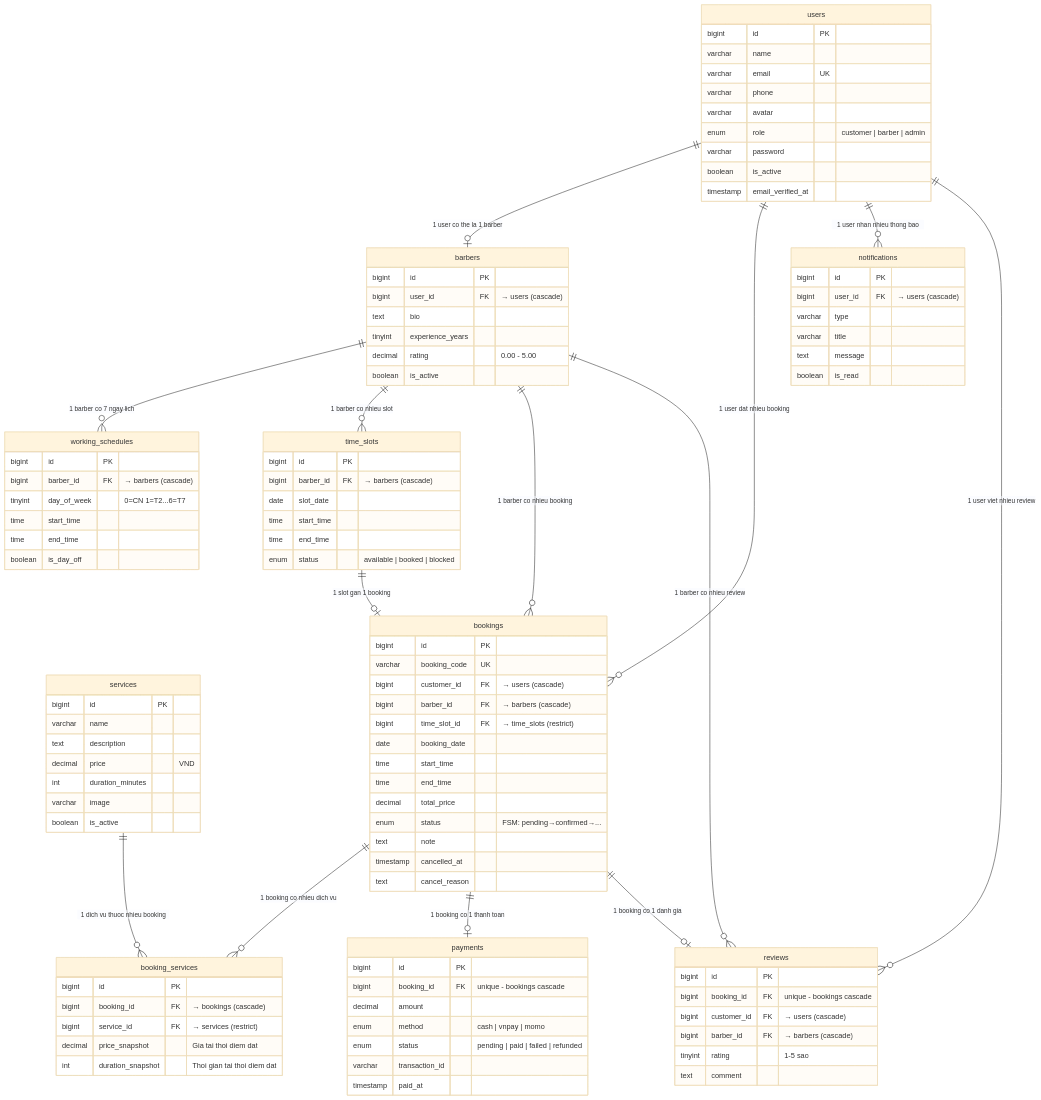
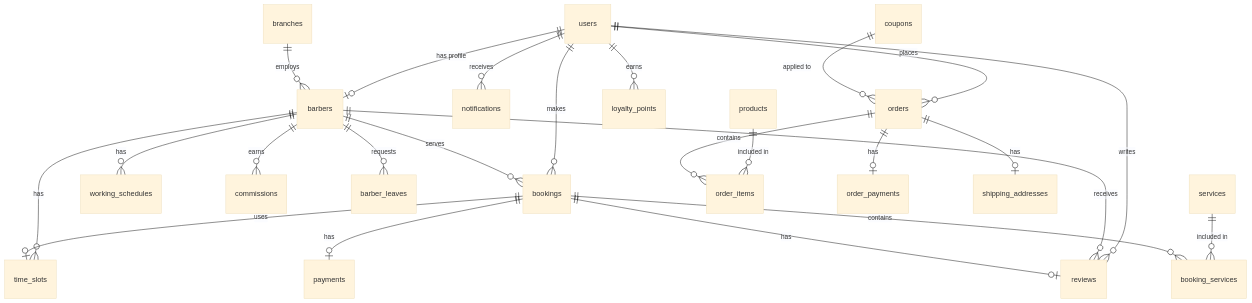
One commit to ahryxx0602/barber-shop-booking changed the diagram in docs/handbook.md. Above: the diagram before and after it, drawn with Mermaid (base theme). The commit also changed other lines of this file and 8 other files, not shown here.

````diff
--- a/docs/handbook.md
+++ b/docs/handbook.md
@@ -1683,121 +1850,30 @@
 ```mermaid
 erDiagram
-    users {
-        bigint id PK
-        varchar name
-        varchar email UK
-        varchar phone
-        varchar avatar
-        enum role "customer | barber | admin"
-        varchar password
-        boolean is_active
-        timestamp email_verified_at
-    }
+    users ||--o| barbers : "has profile"
+    users ||--o{ bookings : "makes"
+    users ||--o{ reviews : "writes"
+    users ||--o{ notifications : "receives"
+    users ||--o{ orders : "places"
+    users ||--o{ loyalty_points : "earns"
 
-    barbers {
-        bigint id PK
-        bigint user_id FK "→ users (cascade)"
-        text bio
-        tinyint experience_years
-        decimal rating "0.00 - 5.00"
-        boolean is_active
-    }
+    barbers ||--o{ working_schedules : "has"
+    barbers ||--o{ time_slots : "has"
+    barbers ||--o{ bookings : "serves"
+    barbers ||--o{ reviews : "receives"
+    barbers ||--o{ commissions : "earns"
+    barbers ||--o{ barber_leaves : "requests"
 
-    services {
-        bigint id PK
-        varchar name
-        text description
-        decimal price "VND"
-        int duration_minutes
-        varchar image
-        boolean is_active
-    }
+    branches ||--o{ barbers : "employs"
 
-    working_schedules {
-        bigint id PK
-        bigint barber_id FK "→ barbers (cascade)"
-        tinyint day_of_week "0=CN 1=T2...6=T7"
-        time start_time
-        time end_time
-        boolean is_day_off
-    }
+    services ||--o{ booking_services : "included in"
+    bookings ||--o{ booking_services : "contains"
+    bookings ||--o| payments : "has"
+    bookings ||--o| reviews : "has"
+    bookings ||--o| time_slots : "uses"
 
-    time_slots {
-        bigint id PK
-        bigint barber_id FK "→ barbers (cascade)"
-        date slot_date
-        time start_time
-        time end_time
-        enum status "available | booked | blocked"
-    }
-
-    bookings {
-        bigint id PK
-        varchar booking_code UK
-        bigint customer_id FK "→ users (cascade)"
-        bigint barber_id FK "→ barbers (cascade)"
-        bigint time_slot_id FK "→ time_slots (restrict)"
-        date booking_date
-        time start_time
-        time end_time
-        decimal total_price
-        enum status "FSM: pending→confirmed→..."
-        text note
-        timestamp cancelled_at
-        text cancel_reason
-    }
-
-    booking_services {
-        bigint id PK
-        bigint booking_id FK "→ bookings (cascade)"
-        bigint service_id FK "→ services (restrict)"
-        decimal price_snapshot "Gia tai thoi diem dat"
-        int duration_snapshot "Thoi gian tai thoi diem dat"
-    }
-
-    payments {
-        bigint id PK
-        bigint booking_id FK "unique - bookings cascade"
-        decimal amount
-        enum method "cash | vnpay | momo"
-        enum status "pending | paid | failed | refunded"
-        varchar transaction_id
-        timestamp paid_at
-    }
-
-    reviews {
-        bigint id PK
-        bigint booking_id FK "unique - bookings cascade"
-        bigint customer_id FK "→ users (cascade)"
-        bigint barber_id FK "→ barbers (cascade)"
-        tinyint rating "1-5 sao"
-        text comment
-    }
-
-    notifications {
-        bigint id PK
-        bigint user_id FK "→ users (cascade)"
-        varchar type
-        varchar title
-        text message
-        boolean is_read
-    }
-
-    users ||--o| barbers : "1 user co the la 1 barber"
-    users ||--o{ bookings : "1 user dat nhieu booking"
-    users ||--o{ notifications : "1 user nhan nhieu thong bao"
-    users ||--o{ reviews : "1 user viet nhieu review"
-
-    barbers ||--o{ working_schedules : "1 barber co 7 ngay lich"
-    barbers ||--o{ time_slots : "1 barber co nhieu slot"
-    barbers ||--o{ bookings : "1 barber co nhieu booking"
-    barbers ||--o{ reviews : "1 barber co nhieu review"
-
-    time_slots ||--o| bookings : "1 slot gan 1 booking"
-
-    bookings ||--o{ booking_services : "1 booking co nhieu dich vu"
-    services ||--o{ booking_services : "1 dich vu thuoc nhieu booking"
-
-    bookings ||--o| payments : "1 booking co 1 thanh toan"
-    bookings ||--o| reviews : "1 booking co 1 danh gia"
+    products ||--o{ order_items : "included in"
+    orders ||--o{ order_items : "contains"
+    orders ||--o| order_payments : "has"
+    orders ||--o| shipping_addresses : "has"
+    coupons ||--o{ orders : "applied to"
 ```
````
